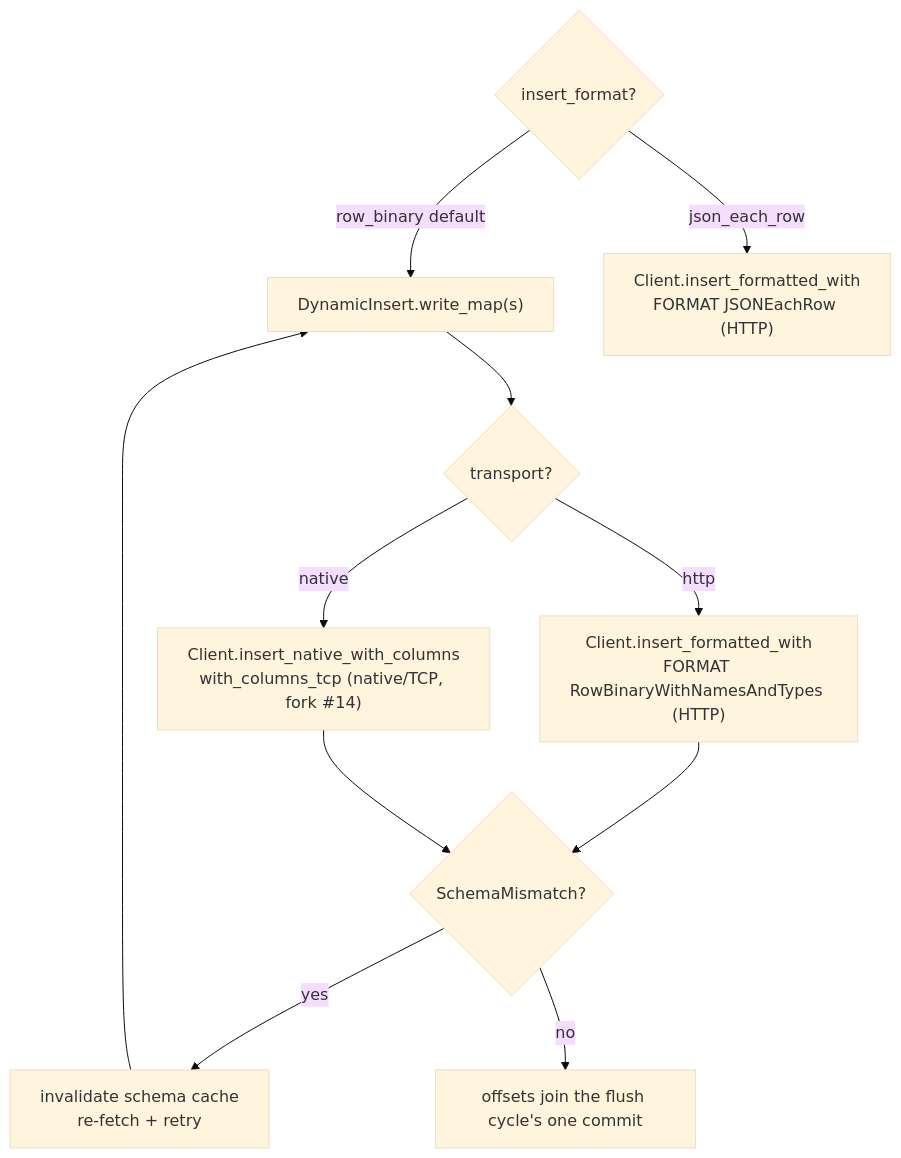
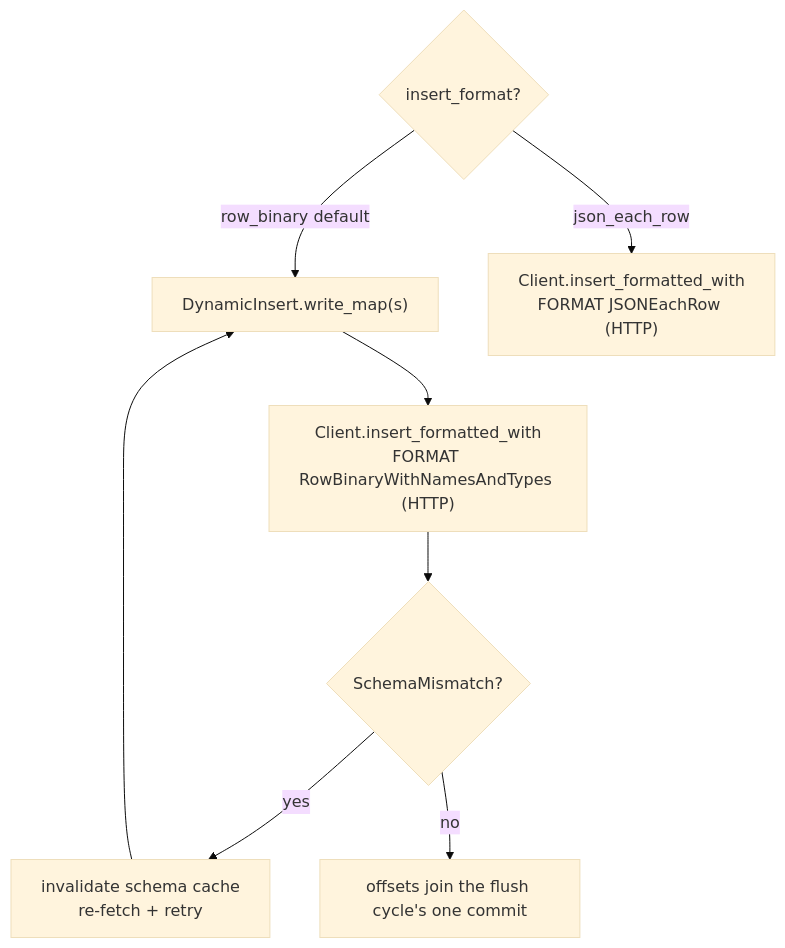
One commit to hyperi-io/dfe-loader changed the third of 3 diagrams in docs/ARCHITECTURE.md. Above: the diagram before and after it, drawn with Mermaid (base theme). The commit also changed other lines of this file and 11 other files, not shown here.

````diff
--- a/docs/ARCHITECTURE.md
+++ b/docs/ARCHITECTURE.md
@@ -99,20 +101,15 @@
 ```mermaid
 flowchart TB
     F{"insert_format?"}
-    T{"transport?"}
     RB["DynamicInsert.write_map(s)"]
     HTTP["Client.insert_formatted_with<br/>FORMAT RowBinaryWithNamesAndTypes (HTTP)"]
-    TCP["Client.insert_native_with_columns<br/>with_columns_tcp (native/TCP, fork #14)"]
     JE["Client.insert_formatted_with<br/>FORMAT JSONEachRow (HTTP)"]
     SM{"SchemaMismatch?"}
     REC["invalidate schema cache<br/>re-fetch + retry"]
 
-    F -->|row_binary default| RB
-    RB --> T
-    T -->|native| TCP
-    T -->|http| HTTP
+    F -->|row_binary default| RB --> HTTP
     F -->|json_each_row| JE
-    HTTP & TCP --> SM
+    HTTP --> SM
     SM -->|yes| REC --> RB
     SM -->|no| OK["offsets join the flush cycle's one commit"]
 ```
````
